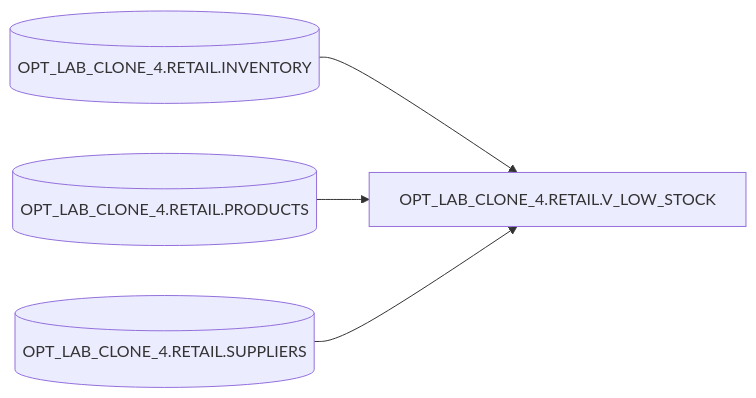
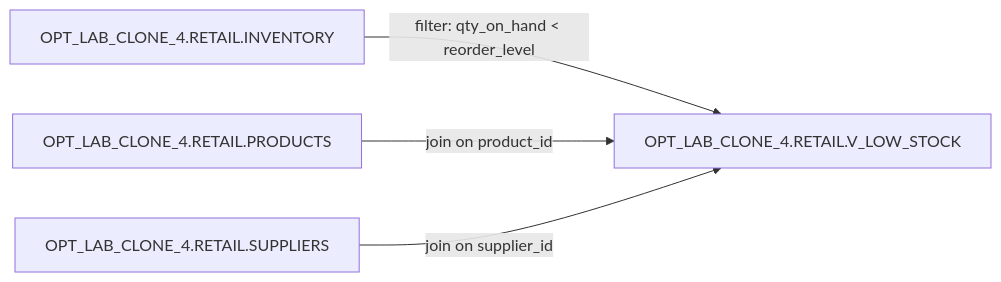
The diagram in OPT_LAB_CLONE_4/executions/V_LOW_STOCK_VIEW_2026-07-12T08:30:00Z/lineage.md (JosephMoustaid/documentation-and-optimization-archive), drawn with Mermaid before and after one commit. The commit also changed other lines of this file, not shown here.

Commit message:
docs(OPT_LAB_CLONE_4): persist artifacts for V_LOW_STOCK VIEW exec-2026-07-12T08:30:00Z

````diff
--- a/OPT_LAB_CLONE_4/executions/V_LOW_STOCK_VIEW_2026-07-12T08:30:00Z/lineage.md
+++ b/OPT_LAB_CLONE_4/executions/V_LOW_STOCK_VIEW_2026-07-12T08:30:00Z/lineage.md
@@ -9,6 +24,6 @@
 ```mermaid
 flowchart LR
-  inv[(OPT_LAB_CLONE_4.RETAIL.INVENTORY)] --> v[OPT_LAB_CLONE_4.RETAIL.V_LOW_STOCK]
-  prod[(OPT_LAB_CLONE_4.RETAIL.PRODUCTS)] --> v
-  supp[(OPT_LAB_CLONE_4.RETAIL.SUPPLIERS)] --> v
+  INV[OPT_LAB_CLONE_4.RETAIL.INVENTORY] -->|filter: qty_on_hand < reorder_level| V[OPT_LAB_CLONE_4.RETAIL.V_LOW_STOCK]
+  PROD[OPT_LAB_CLONE_4.RETAIL.PRODUCTS] -->|join on product_id| V
+  SUP[OPT_LAB_CLONE_4.RETAIL.SUPPLIERS] -->|join on supplier_id| V
 ```
````
